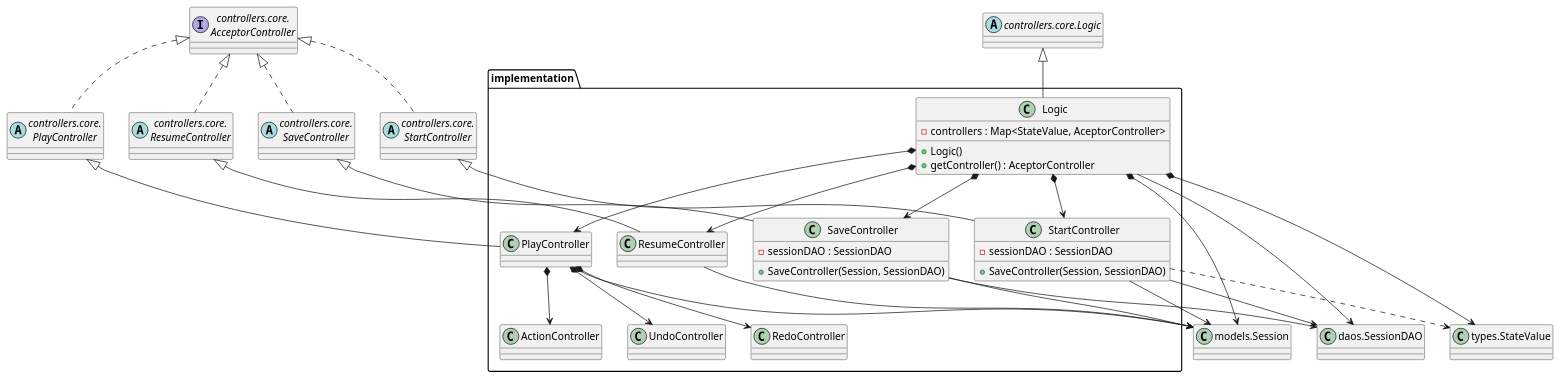
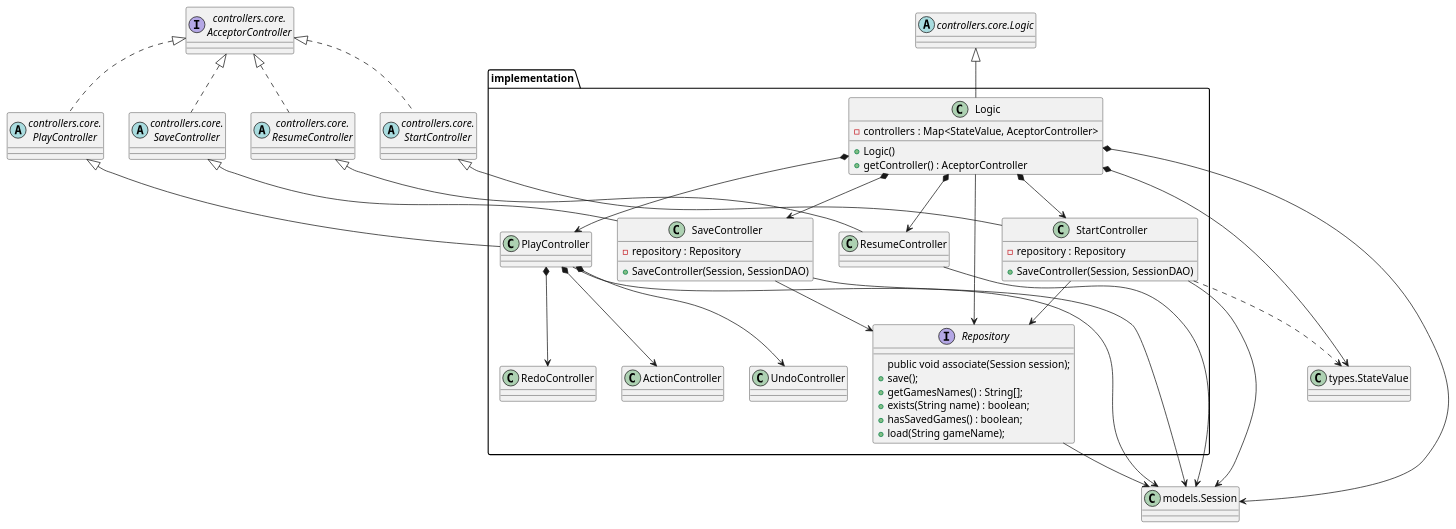
The diagram in connect4/Docs/diagrams/src/packages/connect4.connect4.controllers.implementation.plantuml (js-rom/connect4), drawn with PlantUML before and after one commit. The commit also changed 19 other files, not shown here.

```diff
--- a/connect4/Docs/diagrams/src/packages/connect4.connect4.controllers.implementation.plantuml
+++ b/connect4/Docs/diagrams/src/packages/connect4.connect4.controllers.implementation.plantuml
@@ -1,90 +1,98 @@
 @startuml connect4.connect4.controllers.implementation
 
 abstract class StartController as "controllers.core.\nStartController"
 abstract class PlayController as "controllers.core.\nPlayController"
 abstract class SaveController as "controllers.core.\nSaveController"
 abstract class ResumeController as "controllers.core.\nResumeController"
 class Session as "models.Session"
-class SessionDAO as "daos.SessionDAO"
 class StateValue as "types.StateValue"
 abstract class coreLogic as "controllers.core.Logic"
 
 interface AcceptorController as "controllers.core.\nAcceptorController"
 
 package implementation {
 
 }
 
 class implementation.Logic {
     -controllers : Map<StateValue, AceptorController> 
     +Logic()
     +getController() : AceptorController
 }
 
+interface implementation.Repository {
+  public void associate(Session session);
+    + save();
+    +  getGamesNames() : String[];
+    + exists(String name) : boolean;
+    + hasSavedGames() : boolean;
+    + load(String gameName);
+}
 
 class implementation.StartController {
-  - sessionDAO : SessionDAO
+  - repository : Repository
   + SaveController(Session, SessionDAO)
 }
 
 
 class implementation.PlayController{
 
 }
 
 class implementation.ActionController{
    
 }
 
 class implementation.UndoController{
   
 }
 
 class implementation.RedoController{
    
 }
 
 class implementation.SaveController{
-  - sessionDAO : SessionDAO
+  - repository : Repository
   + SaveController(Session, SessionDAO)
 }
 
 class implementation.ResumeController{
   
 }
 
 
 AcceptorController <|.. StartController
 AcceptorController <|.. PlayController
 AcceptorController <|.. SaveController
 AcceptorController <|.. ResumeController
 
 
 coreLogic <|-- implementation.Logic
 implementation.Logic *--> Session
-implementation.Logic --> SessionDAO
+implementation.Logic --> Repository
 implementation.Logic *--> implementation.StartController
 implementation.Logic *--> implementation.PlayController
 implementation.Logic *--> implementation.SaveController
 implementation.Logic *--> implementation.ResumeController
 implementation.Logic *--> StateValue
 
 implementation.PlayController *--> ActionController
 implementation.PlayController *--> UndoController
 implementation.PlayController *--> RedoController
 
 StartController <|-- implementation.StartController
 PlayController <|-- implementation.PlayController
 SaveController <|-- implementation.SaveController
 ResumeController <|-- implementation.ResumeController
 
 implementation.StartController ..> StateValue
 
 implementation.StartController --> Session
 implementation.SaveController --> Session
 implementation.PlayController --> Session
 implementation.ResumeController --> Session
-implementation.SaveController --> SessionDAO
-implementation.StartController --> SessionDAO
+implementation.SaveController --> Repository
+implementation.StartController --> Repository
+Repository --> Session
 
 @enduml
```
